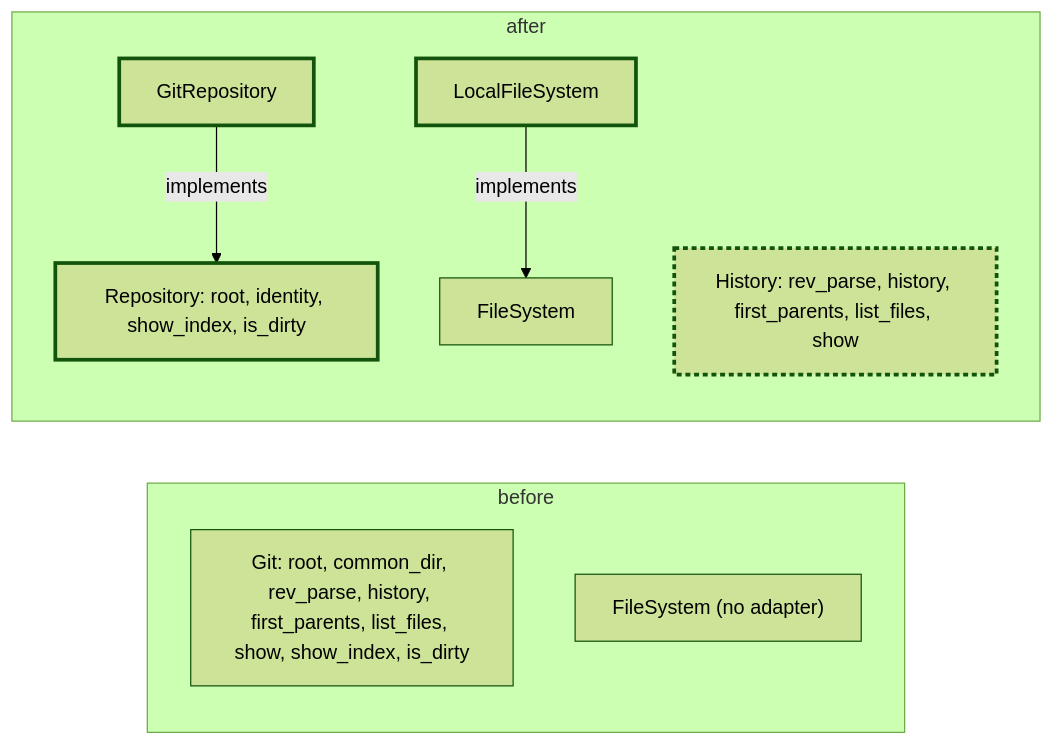
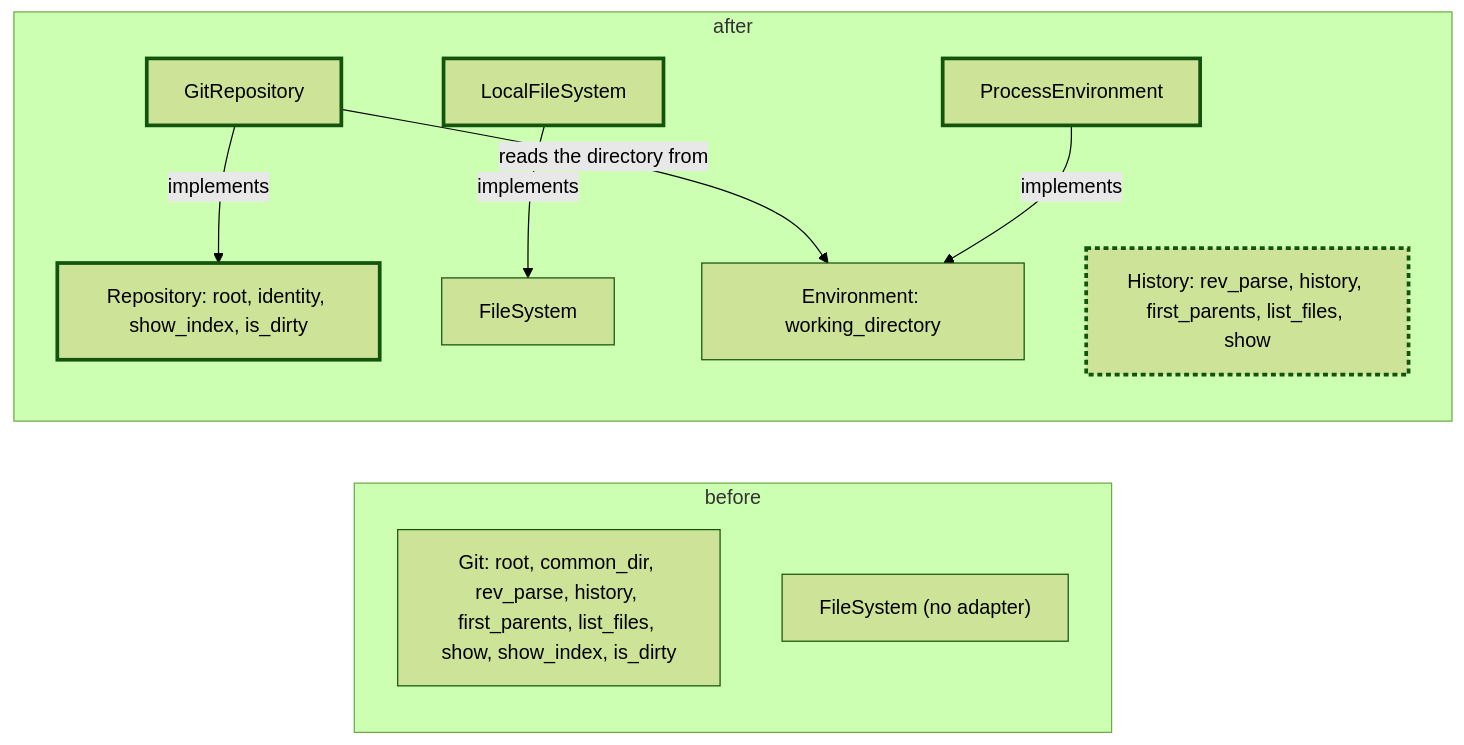
One commit to msitarz/wio changed the diagram in .agents/wio/works/config/ports/README.md. Above: the diagram before and after it, drawn with Mermaid (forest theme). The commit also changed other lines of this file and 28 other files, not shown here.

````diff
--- a/.agents/wio/works/config/ports/README.md
+++ b/.agents/wio/works/config/ports/README.md
@@ -61,18 +74,22 @@
 ```mermaid
 flowchart LR
     subgraph before["before"]
         git["Git: root, common_dir, rev_parse, history, first_parents, list_files, show, show_index, is_dirty"]
         fs1["FileSystem (no adapter)"]
     end
     subgraph after["after"]
         repo["Repository: root, identity, show_index, is_dirty"]:::new
         hist["History: rev_parse, history, first_parents, list_files, show"]:::changed
         fs2["FileSystem"]
         gitrepo["GitRepository"]:::new
         local["LocalFileSystem"]:::new
+        env["Environment: working_directory"]
+        procenv["ProcessEnvironment"]:::new
     end
     gitrepo -- "implements" --> repo
     local -- "implements" --> fs2
+    gitrepo -- "reads the directory from" --> env
+    procenv -- "implements" --> env
     classDef new stroke-width: 3px
     classDef changed stroke-width: 3px,stroke-dasharray: 4 3
 ```
````
